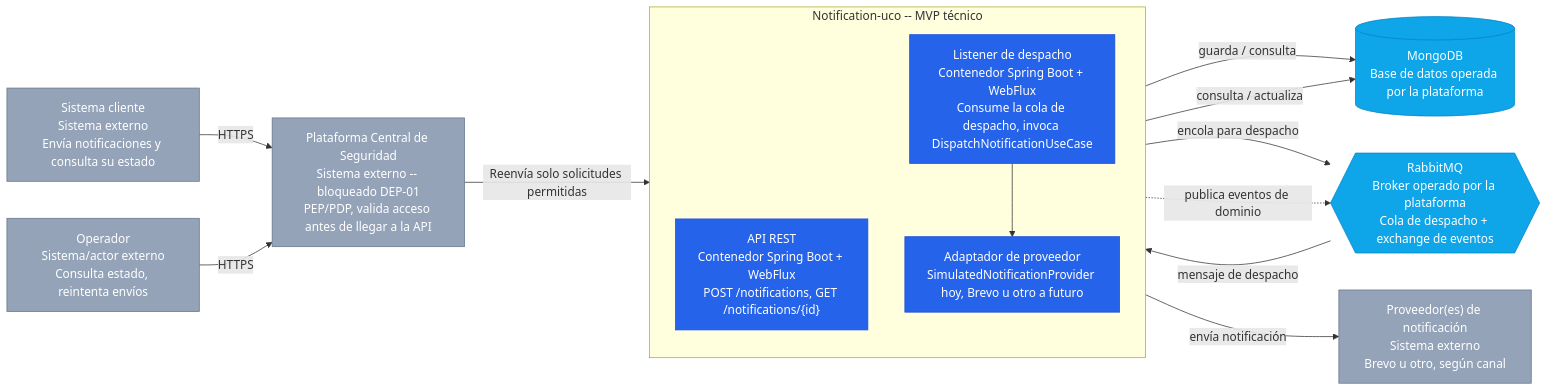
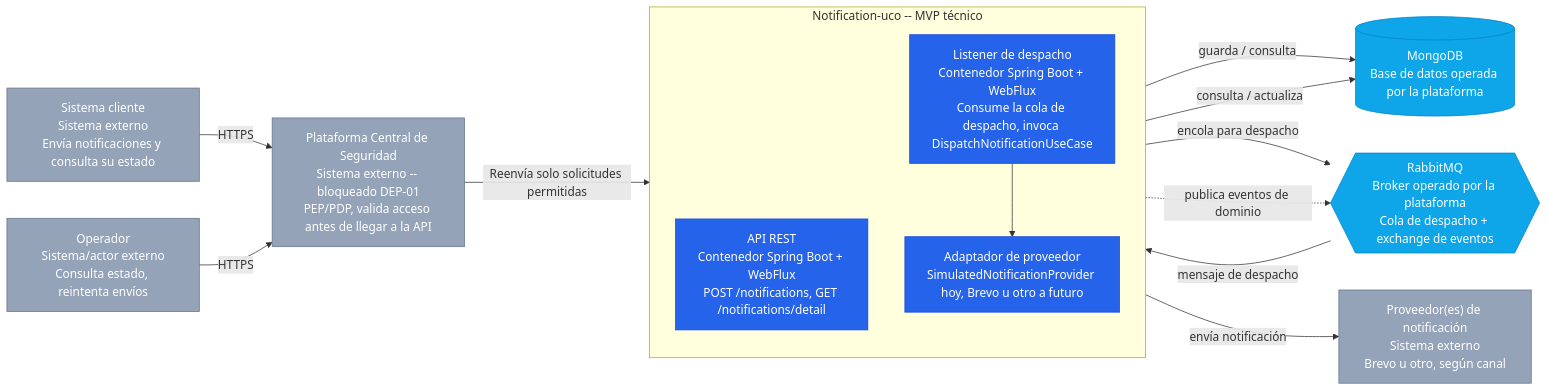
The diagram in docs/diagramas/03-contenedores-c4.md (Andruortiz/Notification-uco), drawn with Mermaid before and after one commit. The commit also changed 10 other files, not shown here.

````diff
--- a/docs/diagramas/03-contenedores-c4.md
+++ b/docs/diagramas/03-contenedores-c4.md
@@ -3,37 +3,37 @@
 ```mermaid
 flowchart LR
     CLIENTE["Sistema cliente<br/>Sistema externo<br/>Envía notificaciones y consulta su estado"]
     OPERADOR["Operador<br/>Sistema/actor externo<br/>Consulta estado, reintenta envíos"]
 
     subgraph SYS["Notification-uco -- MVP técnico"]
         direction TB
-        RESTAPI["API REST<br/>Contenedor Spring Boot + WebFlux<br/>POST /notifications, GET /notifications/{id}"]
+        RESTAPI["API REST<br/>Contenedor Spring Boot + WebFlux<br/>POST /notifications, GET /notifications/detail"]
         DISPATCH["Listener de despacho<br/>Contenedor Spring Boot + WebFlux<br/>Consume la cola de despacho, invoca DispatchNotificationUseCase"]
         PROVIDERADAPT["Adaptador de proveedor<br/>SimulatedNotificationProvider hoy, Brevo u otro a futuro"]
     end
 
     MONGODB[("MongoDB<br/>Base de datos operada por la plataforma")]
     RABBITMQ{{"RabbitMQ<br/>Broker operado por la plataforma<br/>Cola de despacho + exchange de eventos"}}
     PROVEEDOR["Proveedor(es) de notificación<br/>Sistema externo<br/>Brevo u otro, según canal"]
     SEGURIDAD["Plataforma Central de Seguridad<br/>Sistema externo -- bloqueado DEP-01<br/>PEP/PDP, valida acceso antes de llegar a la API"]
 
     CLIENTE -->|HTTPS| SEGURIDAD
     OPERADOR -->|HTTPS| SEGURIDAD
     SEGURIDAD -->|Reenvía solo solicitudes permitidas| RESTAPI
 
     RESTAPI -->|guarda / consulta| MONGODB
     RESTAPI -->|encola para despacho| RABBITMQ
     RESTAPI -.->|publica eventos de dominio| RABBITMQ
     RABBITMQ -->|mensaje de despacho| DISPATCH
     DISPATCH -->|consulta / actualiza| MONGODB
     DISPATCH --> PROVIDERADAPT
     PROVIDERADAPT -->|envía notificación| PROVEEDOR
 
     classDef external fill:#94a3b8,color:#fff,stroke:#64748b;
     classDef own fill:#2563eb,color:#fff,stroke:#1d4ed8;
     classDef tech fill:#0ea5e9,color:#fff,stroke:#0284c7;
 
     class CLIENTE,OPERADOR,PROVEEDOR,SEGURIDAD external;
     class RESTAPI,DISPATCH,PROVIDERADAPT own;
     class MONGODB,RABBITMQ tech;
 ```
````
